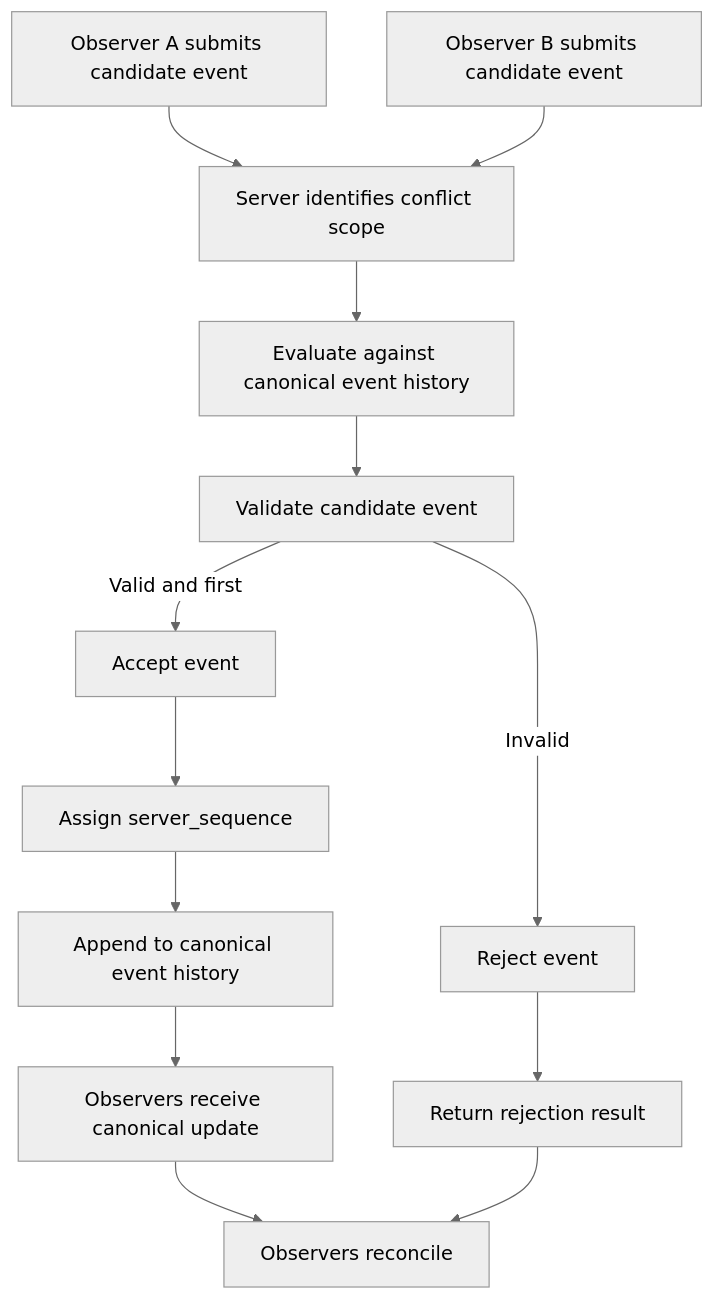
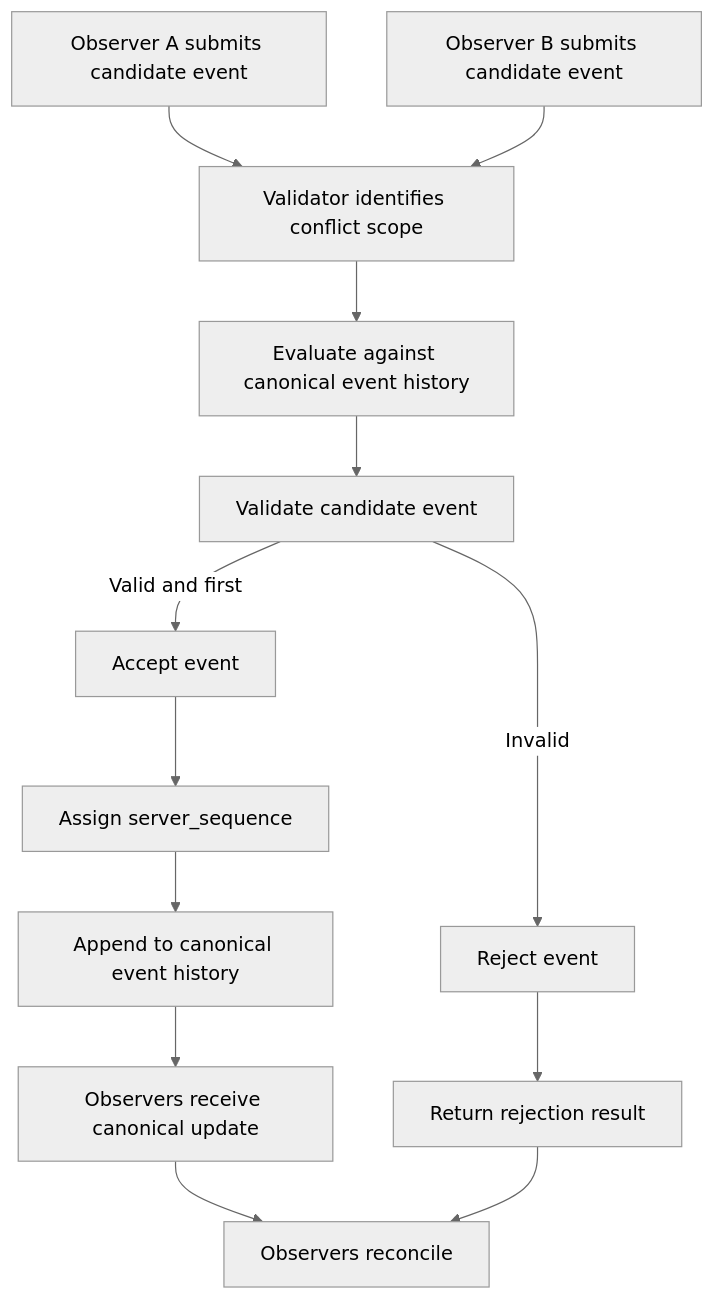
One commit to godofthunder101/crypsa-architecture changed the diagram in diagrams/CrypSA_Conflict_Resolution.md. Above: the diagram before and after it, drawn with Mermaid (neutral theme). The commit also changed other lines of this file, not shown here.

Commit message:
Update terminology from 'server' to 'validator'

`````diff
--- a/diagrams/CrypSA_Conflict_Resolution.md
+++ b/diagrams/CrypSA_Conflict_Resolution.md
@@ -22,22 +22,22 @@
 ```mermaid
 flowchart TD
 
-A[Observer A submits candidate event] --> C[Server identifies conflict scope]
+A[Observer A submits candidate event] --> C[Validator identifies conflict scope]
 B[Observer B submits candidate event] --> C
 
 C --> D[Evaluate against canonical event history]
 
 D --> E[Validate candidate event]
 
 E -->|Valid and first| G[Accept event]
 E -->|Invalid| R1[Reject event]
 
 G --> H[Assign server_sequence]
 H --> I[Append to canonical event history]
 I --> J[Observers receive canonical update]
 
 J --> K[Observers reconcile]
 
 R1 --> L[Return rejection result]
 L --> K
-````
+```
`````
